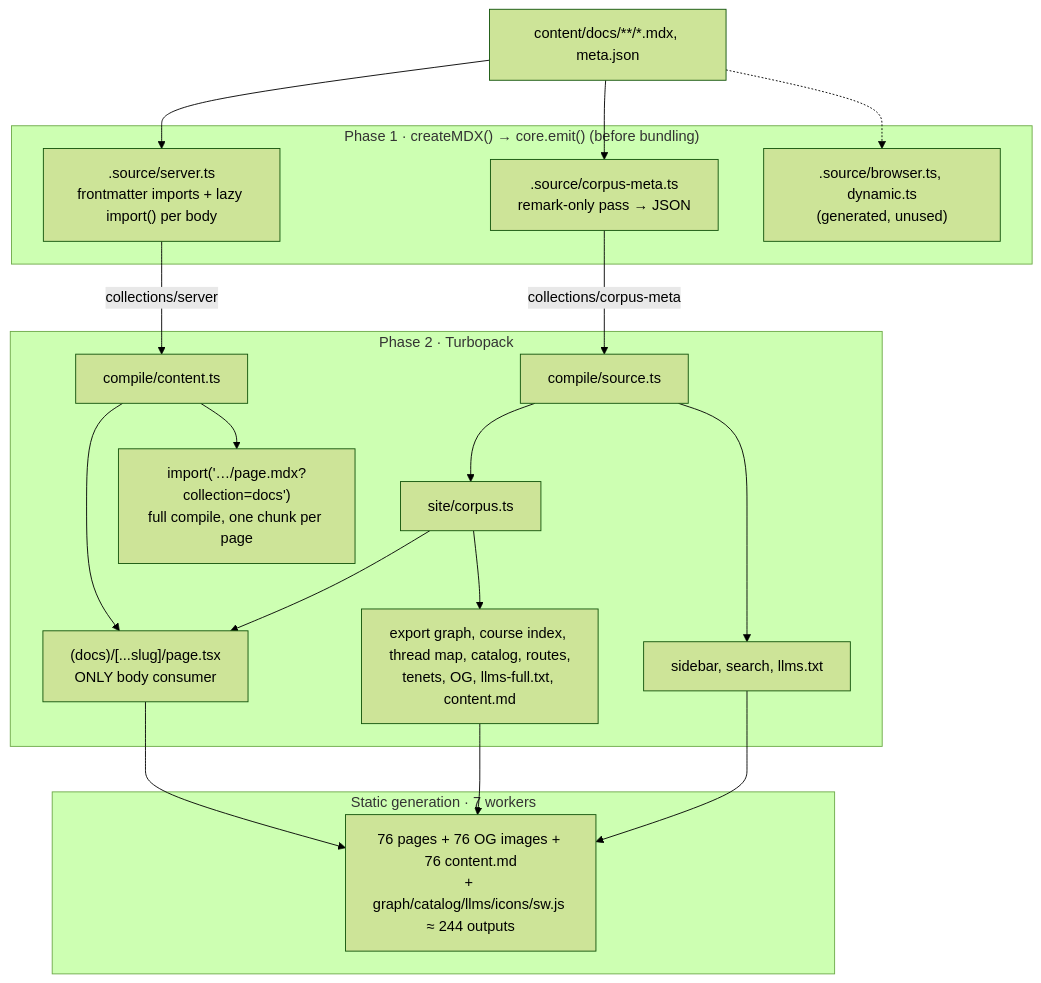
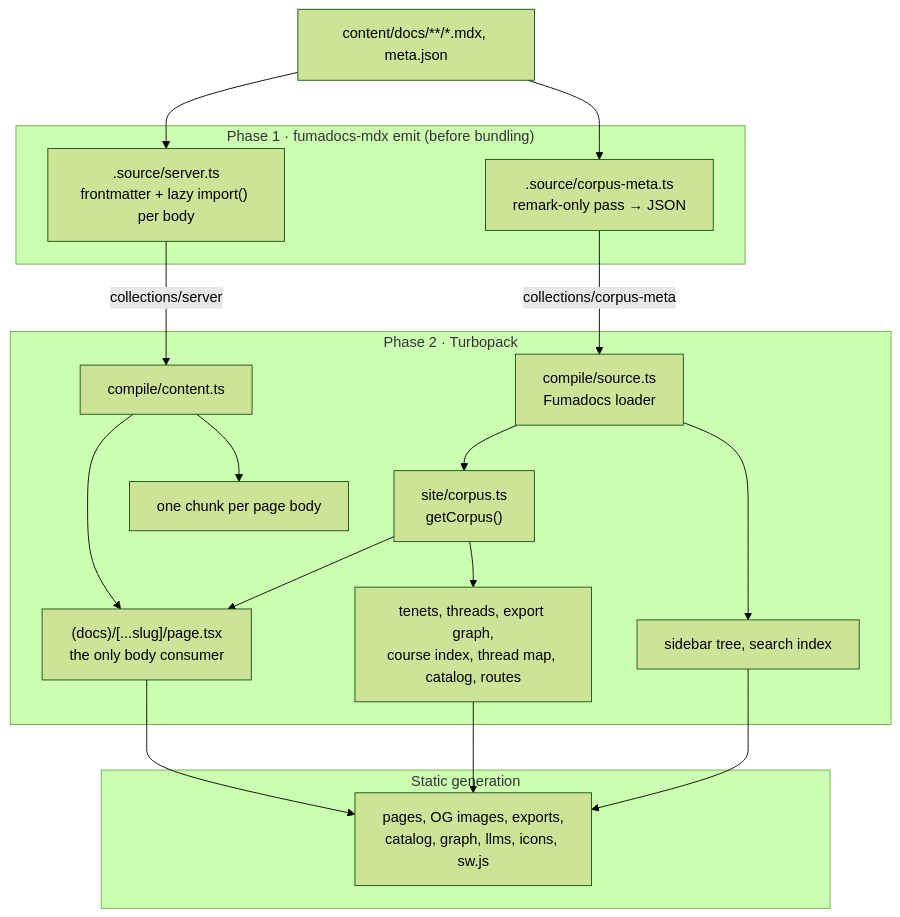
Before and after one commit to kevinnhou/MATH1251: the diagram in COMPILE.md, drawn with Mermaid (forest theme). The commit also changed other lines of this file and 8 other files, not shown here.

````diff
--- a/COMPILE.md
+++ b/COMPILE.md
@@ -18,39 +52,37 @@
 ```mermaid
 flowchart TD
     src["content/docs/**/*.mdx, meta.json"]
 
-    subgraph P1["Phase 1 · createMDX() → core.emit() (before bundling)"]
+    subgraph P1["Phase 1 · fumadocs-mdx emit (before bundling)"]
         meta[".source/corpus-meta.ts<br/>remark-only pass → JSON"]
-        server[".source/server.ts<br/>frontmatter imports + lazy import() per body"]
-        unused[".source/browser.ts, dynamic.ts<br/>(generated, unused)"]
+        server[".source/server.ts<br/>frontmatter + lazy import() per body"]
     end
 
     subgraph P2["Phase 2 · Turbopack"]
-        source["compile/source.ts"]
-        corpus["site/corpus.ts"]
+        source["compile/source.ts<br/>Fumadocs loader"]
+        corpus["site/corpus.ts<br/>getCorpus()"]
         content["compile/content.ts"]
-        chunks["import('…/page.mdx?collection=docs')<br/>full compile, one chunk per page"]
-        light["sidebar, search, llms.txt"]
-        derived["export graph, course index, thread map, catalog, routes,<br/>tenets, OG, llms-full.txt, content.md"]
-        page["(docs)/[...slug]/page.tsx<br/>ONLY body consumer"]
+        chunks["one chunk per page body"]
+        light["sidebar tree, search index"]
+        derived["tenets, threads, export graph,<br/>course index, thread map, catalog, routes"]
+        page["(docs)/[...slug]/page.tsx<br/>the only body consumer"]
     end
 
-    subgraph P3["Static generation · 7 workers"]
-        out["76 pages + 76 OG images + 76 content.md<br/>+ graph/catalog/llms/icons/sw.js ≈ 244 outputs"]
+    subgraph P3["Static generation"]
+        out["pages, OG images, exports,<br/>catalog, graph, llms, icons, sw.js"]
     end
 
     src --> meta
     src --> server
-    src -.-> unused
     meta -- "collections/corpus-meta" --> source
     source --> corpus
     source --> light
     corpus --> derived
     corpus --> page
     server -- "collections/server" --> content
+    content --> chunks
     content --> page
-    content --> chunks
     light --> out
     derived --> out
     page --> out
 ```
````
